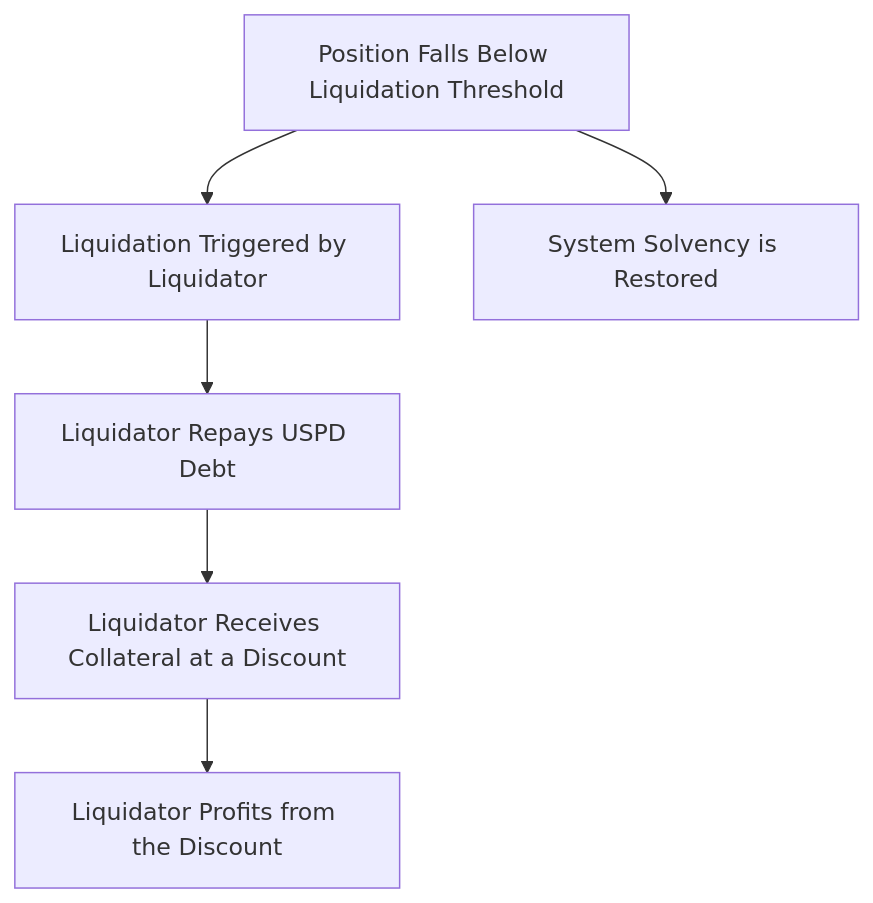
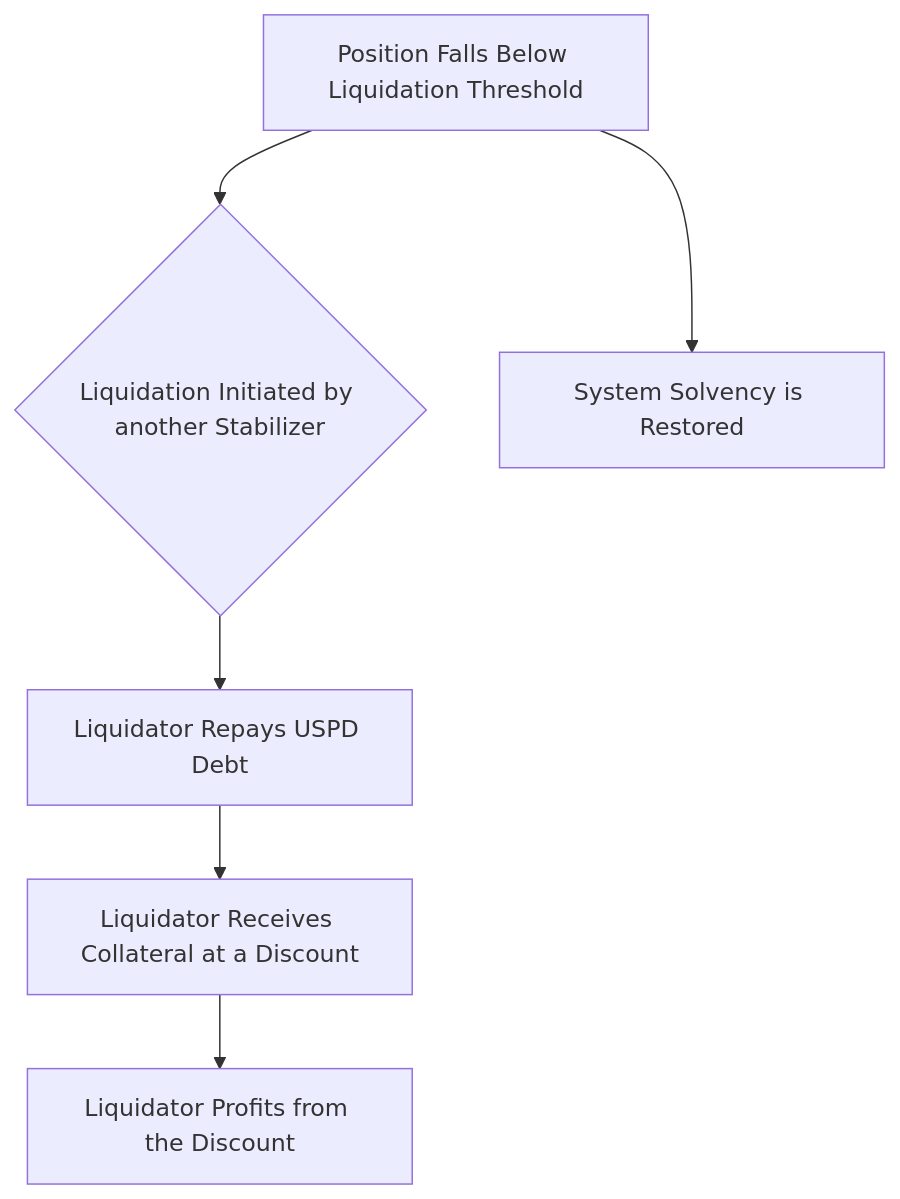
The diagram in app/docs/stabilizers/liquidation/page.mdx (Morpher-io/uspd_website), drawn with Mermaid before and after one commit. The commit also changed other lines of this file and 2 other files, not shown here.

Commit message:
docs: Clarify liquidation threshold based on liquidator NFT ID

````diff
--- a/app/docs/stabilizers/liquidation/page.mdx
+++ b/app/docs/stabilizers/liquidation/page.mdx
@@ -25,8 +25,8 @@
 ```mermaid
 graph TD
-    A[Position Falls Below Liquidation Threshold] --> B[Liquidation Triggered by Liquidator]
+    A[Position Falls Below Liquidation Threshold] --> B{Liquidation Initiated by another Stabilizer}
     B --> C[Liquidator Repays USPD Debt]
     C --> D[Liquidator Receives Collateral at a Discount]
     D --> E[Liquidator Profits from the Discount]
     A --> F[System Solvency is Restored]
 ```
````
